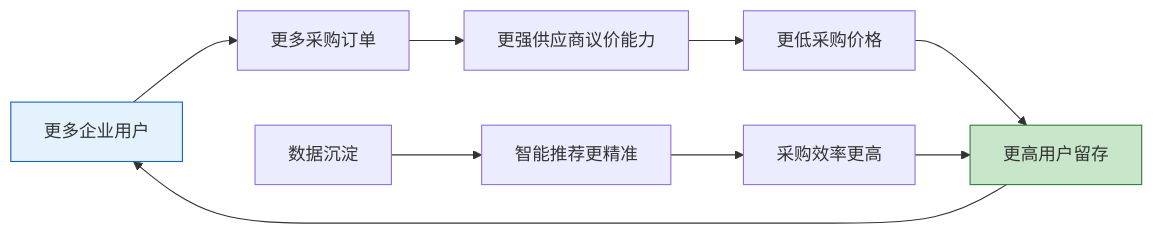
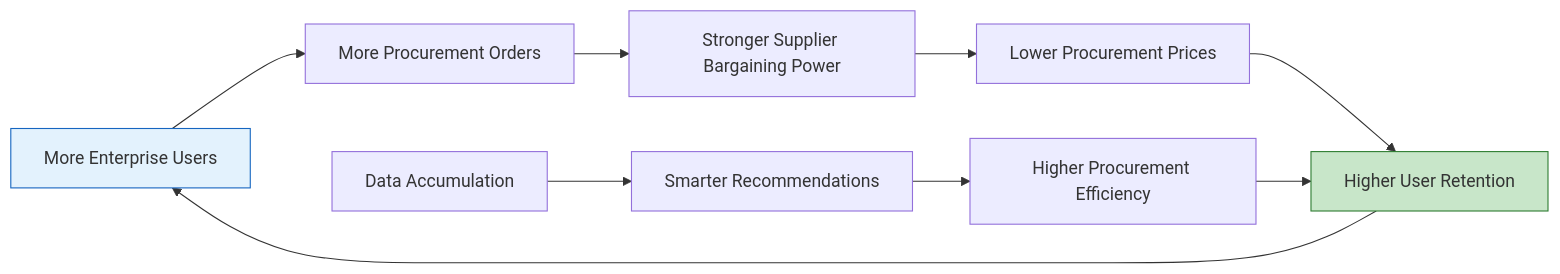
Before and after one commit to Kirky-X/cangjie: diagram 12 of 17 in templates/产品/战略层/【模板】市场需求文档.md, drawn with Mermaid. The commit also changed other lines of this file and 60 other files, not shown here.

````diff
--- a/templates/产品/战略层/【模板】市场需求文档.md
+++ b/templates/产品/战略层/【模板】市场需求文档.md
@@ -574,15 +538,15 @@
 ```mermaid
 graph LR
-    A[更多企业用户] --> B[更多采购订单]
-    B --> C[更强供应商议价能力]
-    C --> D[更低采购价格]
-    D --> E[更高用户留存]
+    A[More Enterprise Users] --> B[More Procurement Orders]
+    B --> C[Stronger Supplier Bargaining Power]
+    C --> D[Lower Procurement Prices]
+    D --> E[Higher User Retention]
     E --> A
 
-    F[数据沉淀] --> G[智能推荐更精准]
-    G --> H[采购效率更高]
+    F[Data Accumulation] --> G[Smarter Recommendations]
+    G --> H[Higher Procurement Efficiency]
     H --> E
 
     style A fill:#e3f2fd,stroke:#1565c0
     style E fill:#c8e6c9,stroke:#2e7d32
 ```
````
